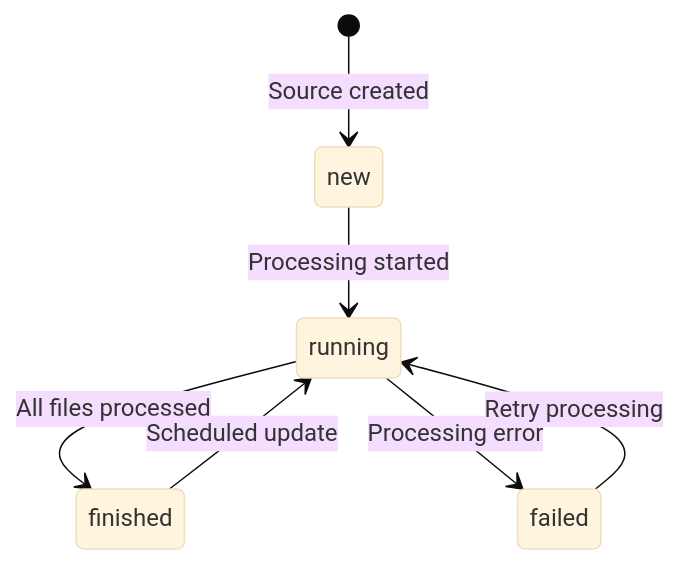
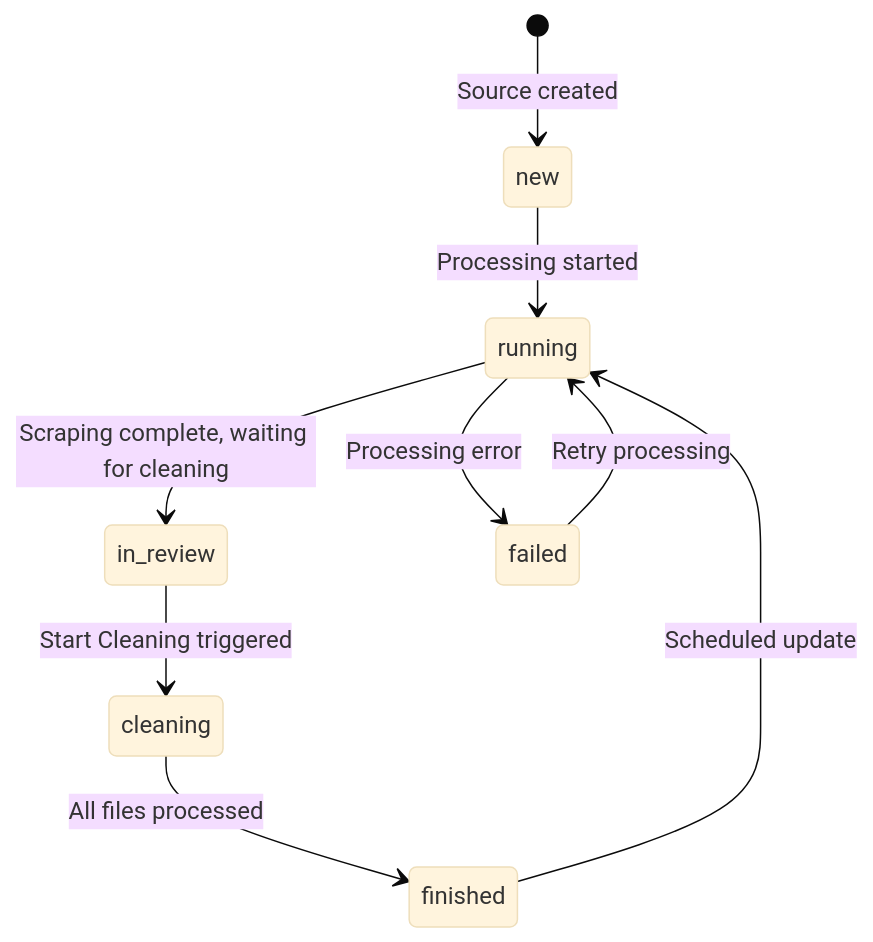
The third of 3 diagrams in DATABASE_SCHEMA.md (buerokratt/Common-Knowledge), drawn with Mermaid (base theme) before and after one commit. The commit also changed other lines of this file and 3 other files, not shown here.

Commit message:
Updated architecture documents

````diff
--- a/DATABASE_SCHEMA.md
+++ b/DATABASE_SCHEMA.md
@@ -198,9 +202,11 @@
 ```mermaid
 stateDiagram-v2
     [*] --> new: Source created
     new --> running: Processing started
-    running --> finished: All files processed
+    running --> in_review: Scraping complete, waiting for cleaning
+    in_review --> cleaning: Start Cleaning triggered
+    cleaning --> finished: All files processed
     running --> failed: Processing error
     finished --> running: Scheduled update
     failed --> running: Retry processing
 ```
````
